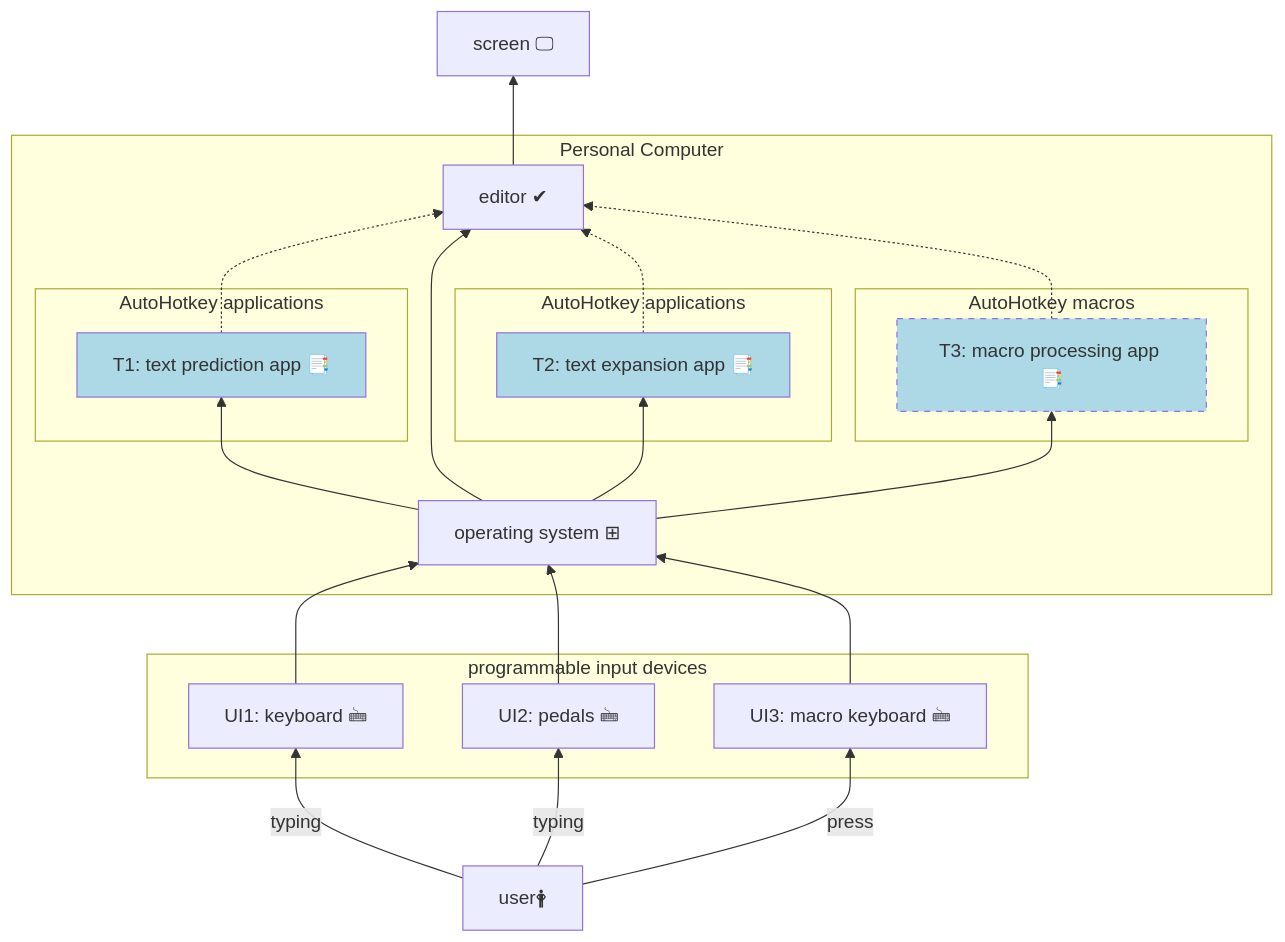
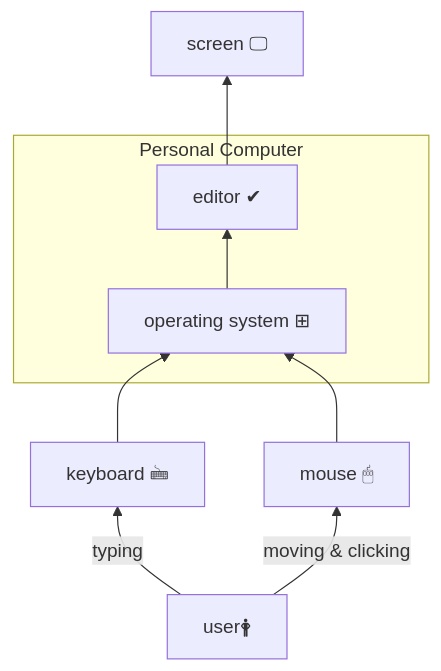
The first of 4 diagrams in BlockDiagrams_GitHub.md (mslonik/mslonik), drawn with Mermaid before and after one commit. The commit also changed other lines of this file and 1 other file, not shown here.

````diff
--- a/BlockDiagrams_GitHub.md
+++ b/BlockDiagrams_GitHub.md
@@ -6,57 +27,21 @@
 ```mermaid
-%% new approach
+%% default / old approach
 flowchart BT
 	user["user🛉"]
-	keyboard["UI1: keyboard 🖮"]
-	pedals["UI2: pedals 🖮"]
-    MacroKeyboard["UI3: macro keyboard 🖮"] 
+	keyboard["keyboard 🖮"]
 	screen["screen 🖵"] 
 	OperatingSystem["operating system ⊞"]
 	editor["editor ✔"]
-	TextPrediction["T1: text prediction app 📑"]
-	TextExpansion["T2: text expansion app 📑"]
-    MacroProcessing["T3: macro processing app 📑"]
+	mouse["mouse 🖱"]
 
-    user	-->	 |typing| keyboard
-    user	-->	 |typing| pedals
-    user    -->  |press| MacroKeyboard
-    
-    subgraph "programmable input devices"
-        keyboard
-        pedals
-        MacroKeyboard
-    end
+	user	-->	|typing| keyboard
+	user	-->  |moving & clicking| mouse
 
-    subgraph "Personal Computer"
-        
-        style TextPrediction 	fill:lightblue
-        style TextExpansion 	fill:lightblue
-        style MacroProcessing   fill:lightblue, stroke-dasharray:5
+	subgraph "Personal Computer"
+		OperatingSystem		--> 	editor
+	end
 
-        subgraph "AutoHotkey applications"
-            TextPrediction
-        end
-
-        subgraph "AutoHotkey applications"
-            TextExpansion
-        end
-
-        subgraph "AutoHotkey macros"
-            MacroProcessing
-        end
-   
-        OperatingSystem		--> 	TextPrediction
-        OperatingSystem		--> 	TextExpansion
-        OperatingSystem     -->     MacroProcessing
-        
-        TextPrediction 		-.-> 	editor
-        OperatingSystem		--> 	editor
-        TextExpansion 		-.-> 	editor
-        MacroProcessing     -.->    editor
-    end
-
-        keyboard			--> 	OperatingSystem
-        pedals 				--> 	OperatingSystem
-        MacroKeyboard       -->     OperatingSystem
-        editor	            -->     screen
+	keyboard		--> OperatingSystem
+	mouse		--> OperatingSystem
+	editor		--> screen
 ```
````
